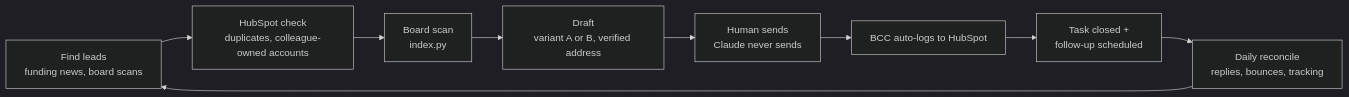
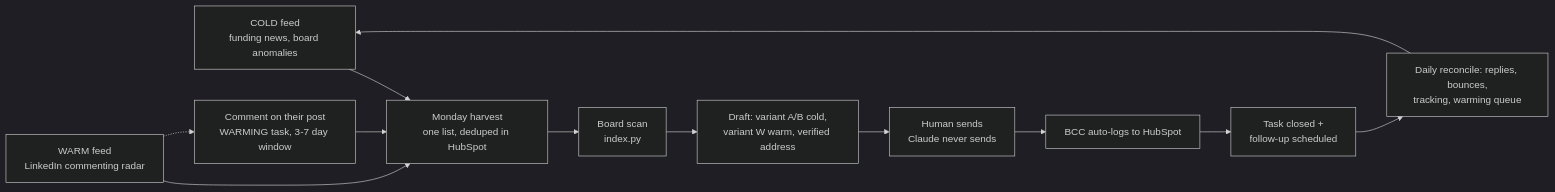
The diagram in README.md (JacopoLupo/tribe-claude-skills), drawn with Mermaid (dark theme) before and after one commit. The commit also changed other lines of this file and 1 other file, not shown here.

Commit message:
Docs: Lead Engine in README diagram + USAGE commenting workflow

````diff
--- a/README.md
+++ b/README.md
@@ -29,11 +29,14 @@
 ```mermaid
 flowchart LR
-    A[Find leads<br/>funding news, board scans] --> B[HubSpot check<br/>duplicates, colleague-owned accounts]
+    A1[COLD feed<br/>funding news, board anomalies] --> B[Monday harvest<br/>one list, deduped in HubSpot]
+    A2[WARM feed<br/>LinkedIn commenting radar] --> B
+    A2 -.-> W[Comment on their post<br/>WARMING task, 3-7 day window]
+    W --> B
     B --> C[Board scan<br/>index.py]
-    C --> D[Draft<br/>variant A or B, verified address]
+    C --> D[Draft: variant A/B cold,<br/>variant W warm, verified address]
     D --> E[Human sends<br/>Claude never sends]
     E --> F[BCC auto-logs to HubSpot]
     F --> G[Task closed +<br/>follow-up scheduled]
-    G --> H[Daily reconcile<br/>replies, bounces, tracking]
-    H --> A
+    G --> H[Daily reconcile: replies, bounces,<br/>tracking, warming queue]
+    H --> A1
 ```
````
